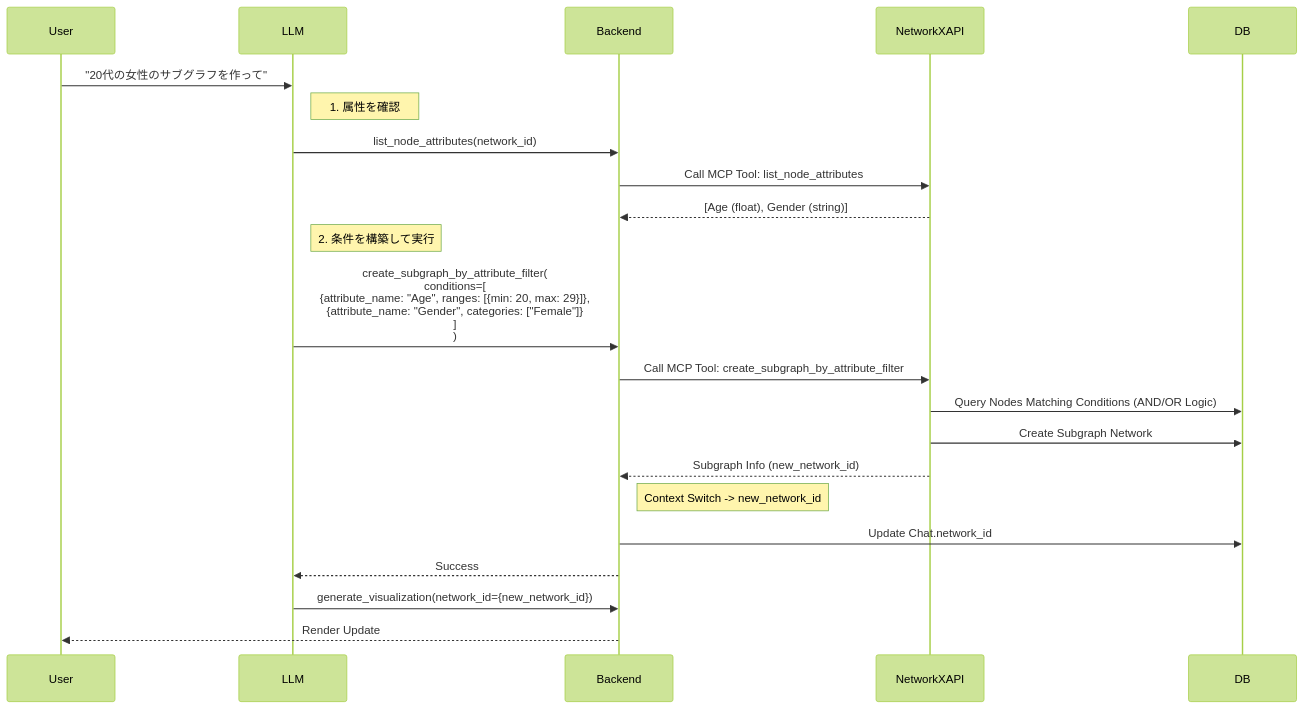
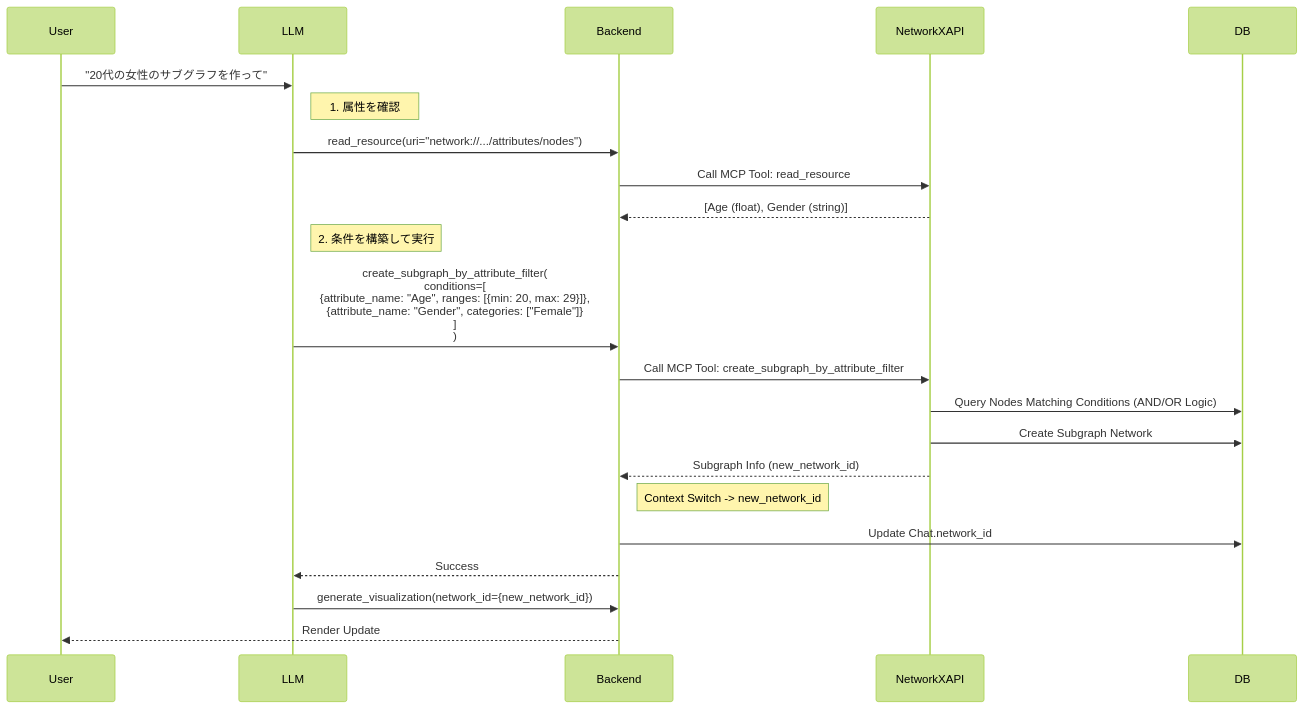
Before and after one commit to vdslab/LLMGraphvis: the tenth of 12 diagrams in specification/2_Technical_Details/6_Core_Workflows.md, drawn with Mermaid (forest theme). The commit also changed other lines of this file and 12 other files, not shown here.

````diff
--- a/specification/2_Technical_Details/6_Core_Workflows.md
+++ b/specification/2_Technical_Details/6_Core_Workflows.md
@@ -430,29 +429,29 @@
 ```mermaid
 sequenceDiagram
     participant User
     participant LLM
     participant Backend
     participant NetworkXAPI
     participant DB
 
     User->>LLM: "20代の女性のサブグラフを作って"
     
     note right of LLM: 1. 属性を確認
-    LLM->>Backend: list_node_attributes(network_id)
-    Backend->>NetworkXAPI: Call MCP Tool: list_node_attributes
+    LLM->>Backend: read_resource(uri="network://.../attributes/nodes")
+    Backend->>NetworkXAPI: Call MCP Tool: read_resource
     NetworkXAPI-->>Backend: [Age (float), Gender (string)]
     
     note right of LLM: 2. 条件を構築して実行
     LLM->>Backend: create_subgraph_by_attribute_filter(<br/>  conditions=[<br/>    {attribute_name: "Age", ranges: [{min: 20, max: 29}]},<br/>    {attribute_name: "Gender", categories: ["Female"]}<br/>  ]<br/>)
     Backend->>NetworkXAPI: Call MCP Tool: create_subgraph_by_attribute_filter
     NetworkXAPI->>DB: Query Nodes Matching Conditions (AND/OR Logic)
     NetworkXAPI->>DB: Create Subgraph Network
     NetworkXAPI-->>Backend: Subgraph Info (new_network_id)
     
     note right of Backend: Context Switch -> new_network_id
     Backend->>DB: Update Chat.network_id
     
     Backend-->>LLM: Success
     LLM->>Backend: generate_visualization(network_id={new_network_id})
     Backend-->>User: Render Update
 ```
````
